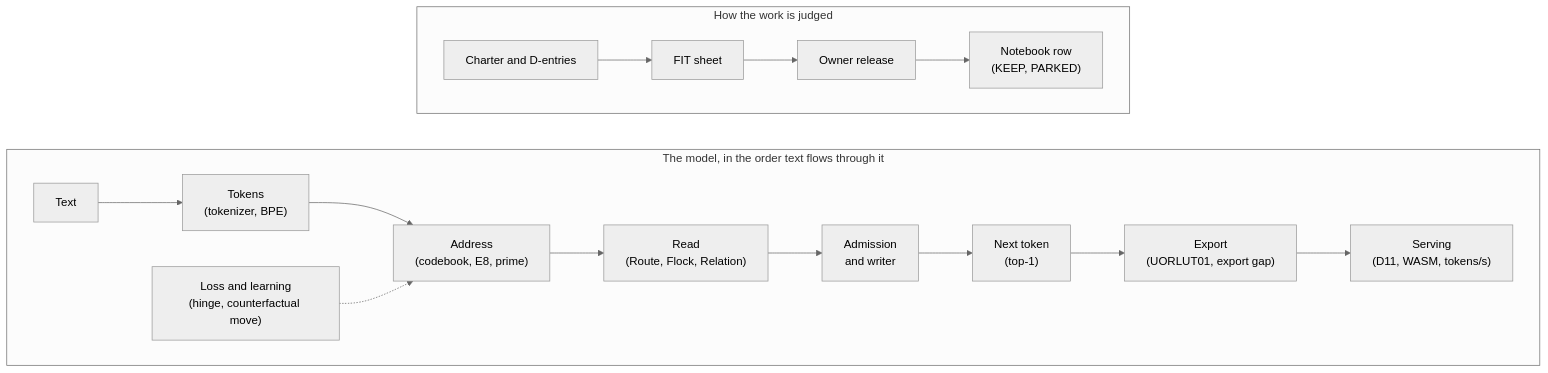
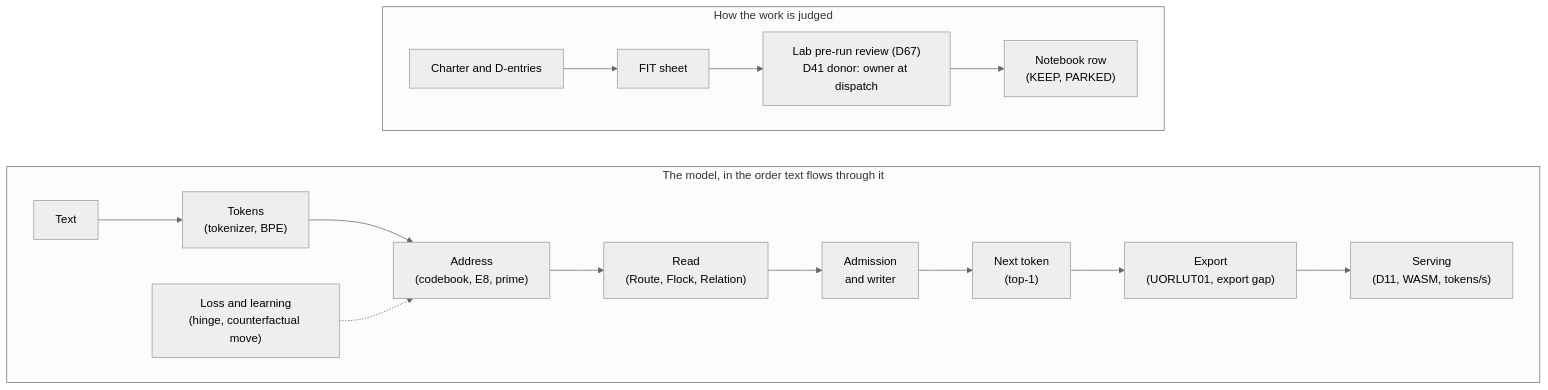
The diagram in docs/start/glossary.md (UOR-Foundation/uor-r4), drawn with Mermaid (neutral theme) before and after one commit. The commit also changed other lines of this file and 145 other files, not shown here.

````diff
--- a/docs/start/glossary.md
+++ b/docs/start/glossary.md
@@ -5,20 +5,20 @@
 ```mermaid
 flowchart LR
   subgraph model["The model, in the order text flows through it"]
     direction LR
     T["Text"] --> TK["Tokens<br/>(tokenizer, BPE)"]
     TK --> AD["Address<br/>(codebook, E8, prime)"]
     AD --> RD["Read<br/>(Route, Flock, Relation)"]
     RD --> AM["Admission<br/>and writer"]
     AM --> NX["Next token<br/>(top-1)"]
     LS["Loss and learning<br/>(hinge, counterfactual move)"] -.-> AD
     NX --> EX["Export<br/>(UORLUT01, export gap)"]
     EX --> SV["Serving<br/>(D11, WASM, tokens/s)"]
   end
   subgraph rules["How the work is judged"]
     direction LR
     CH["Charter and D-entries"] --> FT["FIT sheet"]
-    FT --> RL["Owner release"]
-    RL --> NB["Notebook row<br/>(KEEP, PARKED)"]
+    FT --> RV["Lab pre-run review (D67)<br/>D41 donor: owner at dispatch"]
+    RV --> NB["Notebook row<br/>(KEEP, PARKED)"]
   end
 ```
````
